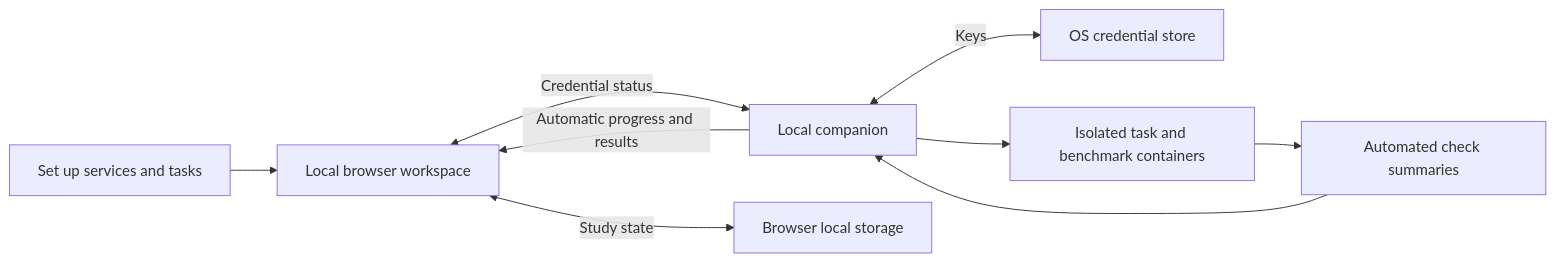
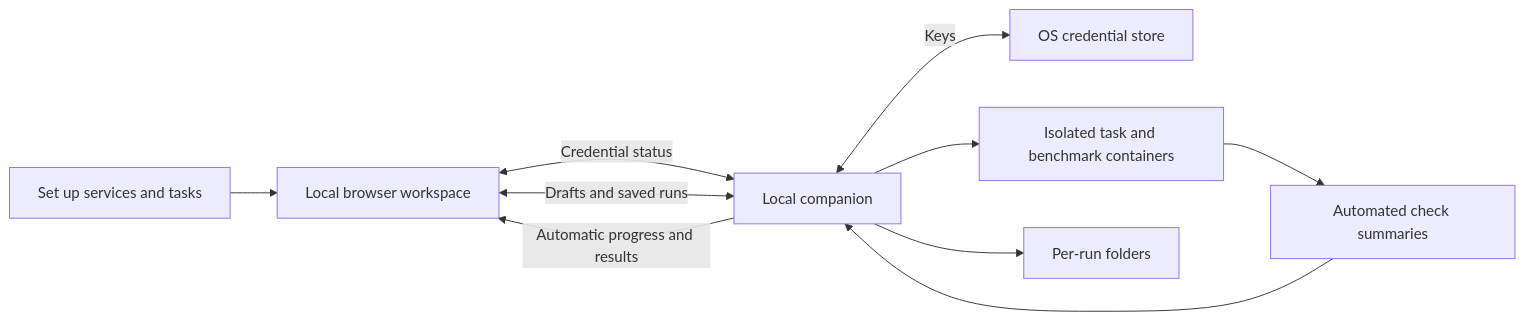
Before and after one commit to PouyanJay/basis: the diagram in README.md, drawn with Mermaid. The commit also changed other lines of this file and 14 other files, not shown here.

Commit message:
Add persistent run workspaces with drafts and cloning

````diff
--- a/README.md
+++ b/README.md
@@ -159,11 +167,12 @@
 ```mermaid
 flowchart LR
     Setup[Set up services and tasks] --> App[Local browser workspace]
     App <-->|Credential status| Companion[Local companion]
     Companion <-->|Keys| Vault[OS credential store]
     Companion --> Containers[Isolated task and benchmark containers]
     Containers --> Reports[Automated check summaries]
     Reports --> Companion
     Companion -->|Automatic progress and results| App
-    App <-->|Study state| Storage[Browser local storage]
+    App <-->|Drafts and saved runs| Companion
+    Companion --> Storage[Per-run folders]
 ```
````
